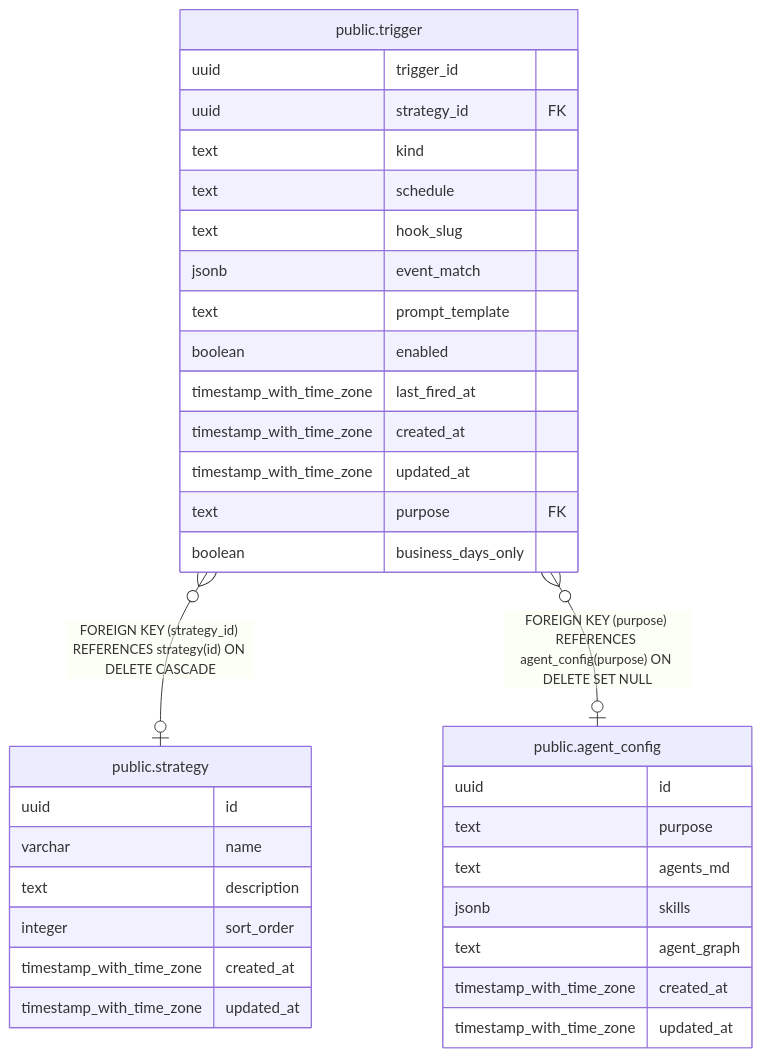
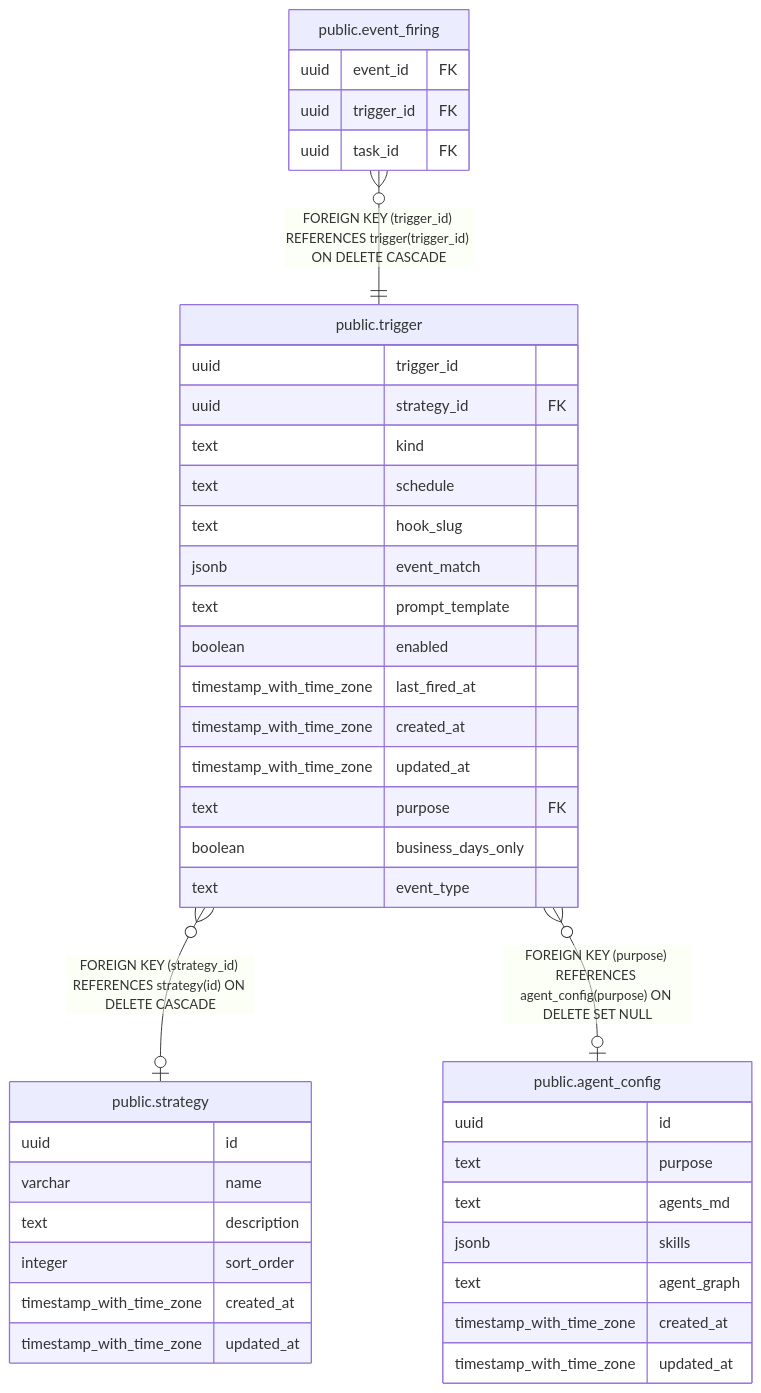
One commit to fohte/t-rader changed the diagram in backend/docs/db/public.trigger.md. Above: the diagram before and after it, drawn with Mermaid. The commit also changed other lines of this file and 34 other files, not shown here.

First line of the commit message:
backend/trigger: event trigger の永続化と API 設定を追加する

````diff
--- a/backend/docs/db/public.trigger.md
+++ b/backend/docs/db/public.trigger.md
@@ -45,39 +47,46 @@
 ```mermaid
 erDiagram
 
+"public.event_firing" }o--|| "public.trigger" : "FOREIGN KEY (trigger_id) REFERENCES trigger(trigger_id) ON DELETE CASCADE"
 "public.trigger" }o--o| "public.strategy" : "FOREIGN KEY (strategy_id) REFERENCES strategy(id) ON DELETE CASCADE"
 "public.trigger" }o--o| "public.agent_config" : "FOREIGN KEY (purpose) REFERENCES agent_config(purpose) ON DELETE SET NULL"
 
 "public.trigger" {
   uuid trigger_id
   uuid strategy_id FK
   text kind
   text schedule
   text hook_slug
   jsonb event_match
   text prompt_template
   boolean enabled
   timestamp_with_time_zone last_fired_at
   timestamp_with_time_zone created_at
   timestamp_with_time_zone updated_at
   text purpose FK
   boolean business_days_only
+  text event_type
+}
+"public.event_firing" {
+  uuid event_id FK
+  uuid trigger_id FK
+  uuid task_id FK
 }
 "public.strategy" {
   uuid id
   varchar name
   text description
   integer sort_order
   timestamp_with_time_zone created_at
   timestamp_with_time_zone updated_at
 }
 "public.agent_config" {
   uuid id
   text purpose
   text agents_md
   jsonb skills
   text agent_graph
   timestamp_with_time_zone created_at
   timestamp_with_time_zone updated_at
 }
 ```
````
